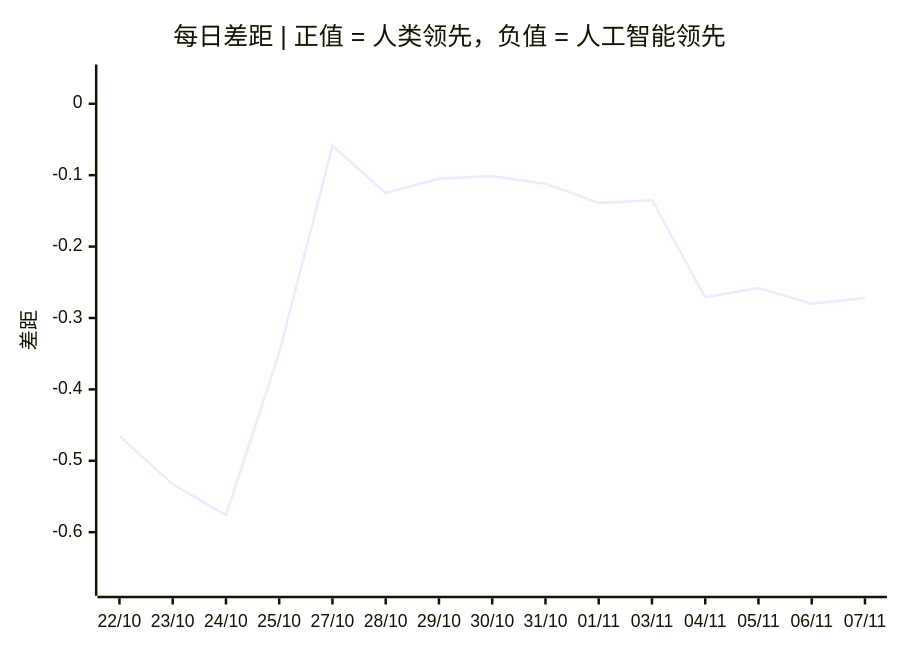
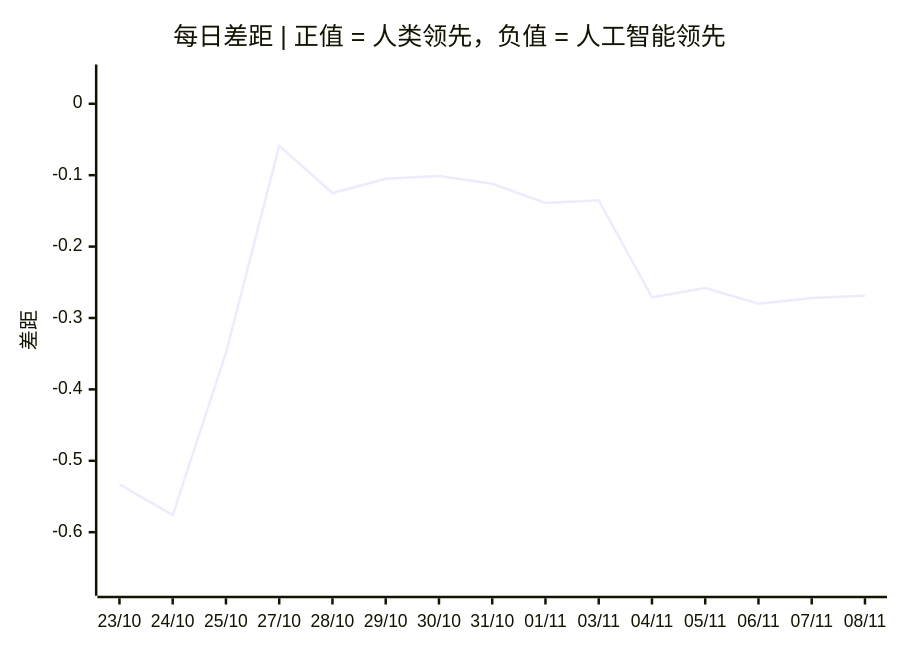
Before and after one commit to VQQLK/Human-AI-Monitor: the third of 3 diagrams in README.zh.md, drawn with Mermaid. The commit also changed other lines of this file and 3 other files, not shown here.

````diff
--- a/README.zh.md
+++ b/README.zh.md
@@ -56,7 +56,7 @@
 ```mermaid
 xychart-beta
     title "每日差距 | 正值 = 人类领先，负值 = 人工智能领先"
-    x-axis ["22/10", "23/10", "24/10", "25/10", "27/10", "28/10", "29/10", "30/10", "31/10", "01/11", "03/11", "04/11", "05/11", "06/11", "07/11"]
+    x-axis ["23/10", "24/10", "25/10", "27/10", "28/10", "29/10", "30/10", "31/10", "01/11", "03/11", "04/11", "05/11", "06/11", "07/11", "08/11"]
     y-axis "差距" -0.675 --> 0.041
-    line [-0.465, -0.533, -0.576, -0.349, -0.059, -0.125, -0.105, -0.101, -0.112, -0.139, -0.135, -0.271, -0.258, -0.280, -0.272]
+    line [-0.533, -0.576, -0.349, -0.059, -0.125, -0.105, -0.101, -0.112, -0.139, -0.135, -0.271, -0.258, -0.280, -0.272, -0.269]
 ```
````
